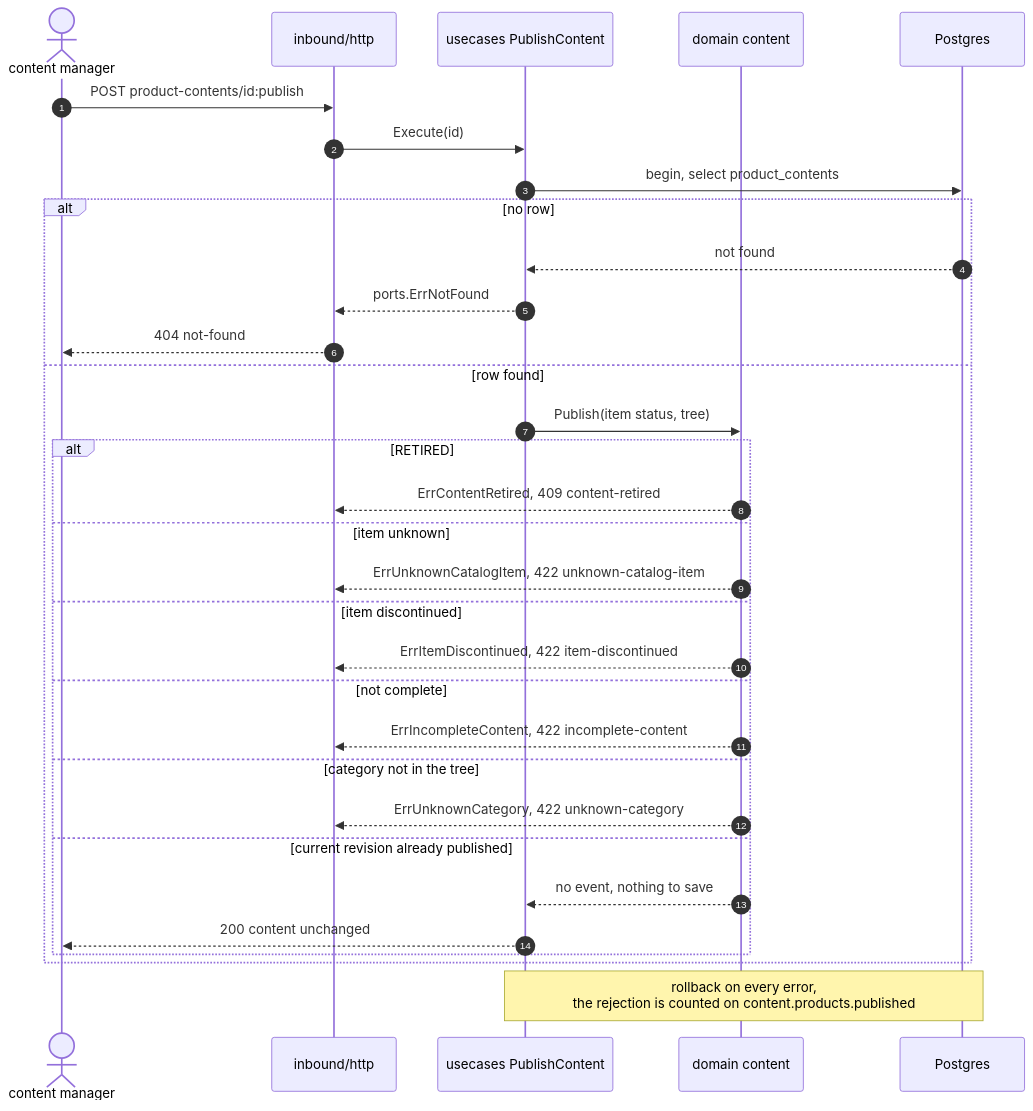
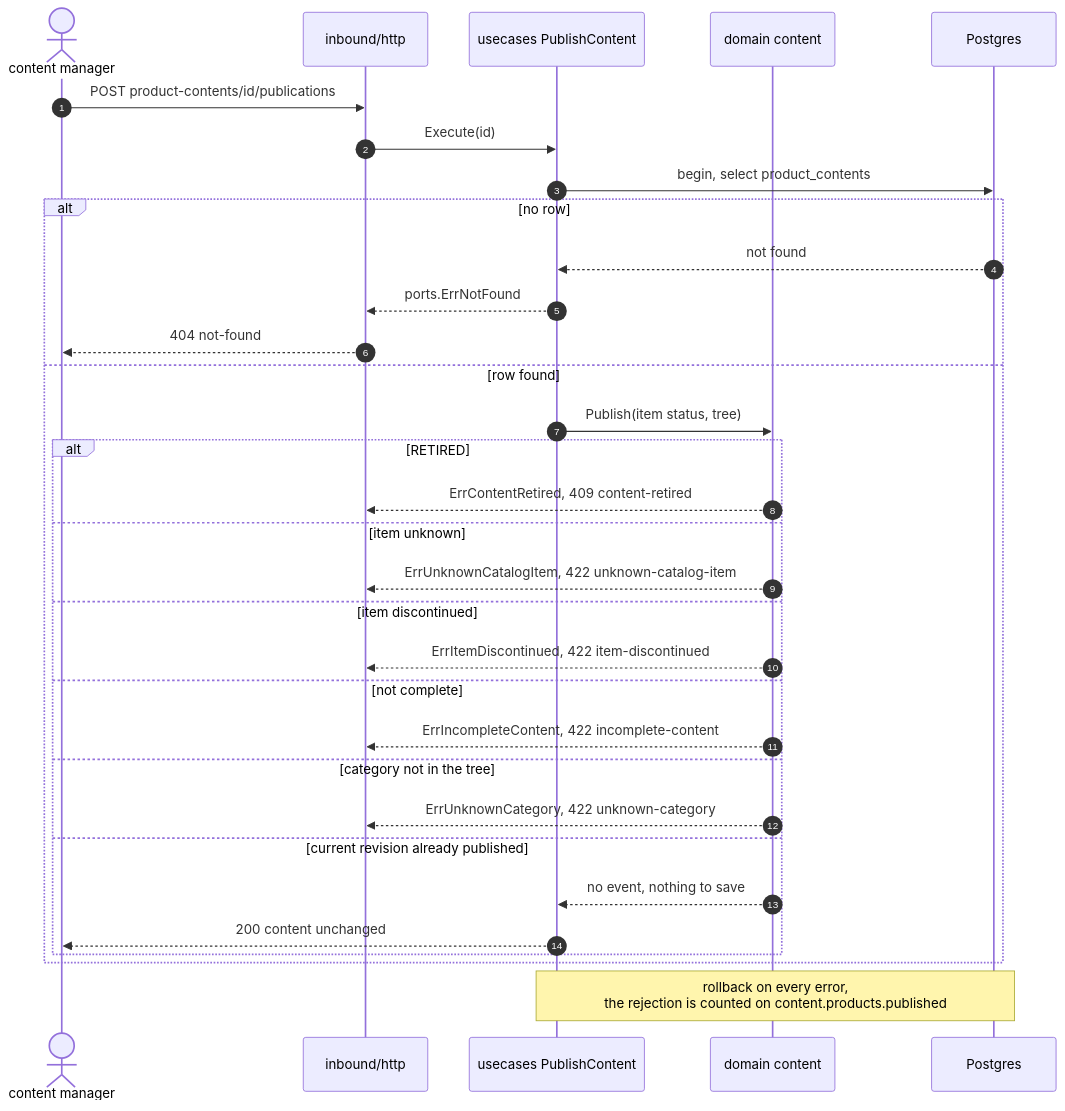
The second of 6 diagrams in docs/docs/ddd/sequence-diagrams.md (IQVO/product-content), drawn with Mermaid before and after one commit. The commit also changed other lines of this file and 53 other files, not shown here.

````diff
--- a/docs/docs/ddd/sequence-diagrams.md
+++ b/docs/docs/ddd/sequence-diagrams.md
@@ -73,34 +73,34 @@
 ```mermaid
 sequenceDiagram
     autonumber
     actor CM as content manager
     participant H as inbound/http
     participant UC as usecases PublishContent
     participant D as domain content
     participant PG as Postgres
-    CM->>H: POST product-contents/id:publish
+    CM->>H: POST product-contents/id/publications
     H->>UC: Execute(id)
     UC->>PG: begin, select product_contents
     alt no row
         PG-->>UC: not found
         UC-->>H: ports.ErrNotFound
         H-->>CM: 404 not-found
     else row found
         UC->>D: Publish(item status, tree)
         alt RETIRED
             D-->>H: ErrContentRetired, 409 content-retired
         else item unknown
             D-->>H: ErrUnknownCatalogItem, 422 unknown-catalog-item
         else item discontinued
             D-->>H: ErrItemDiscontinued, 422 item-discontinued
         else not complete
             D-->>H: ErrIncompleteContent, 422 incomplete-content
         else category not in the tree
             D-->>H: ErrUnknownCategory, 422 unknown-category
         else current revision already published
             D-->>UC: no event, nothing to save
             UC-->>CM: 200 content unchanged
         end
     end
     Note over UC,PG: rollback on every error,<br/>the rejection is counted on content.products.published
 ```
````
